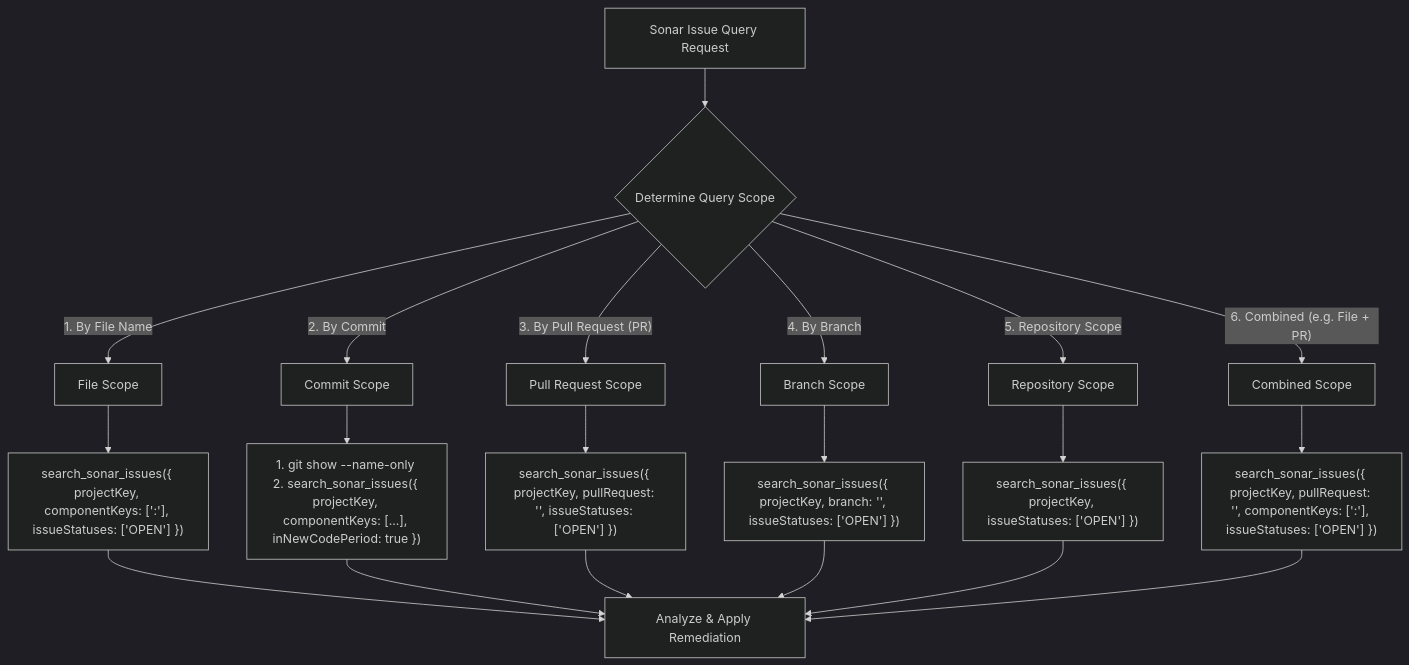
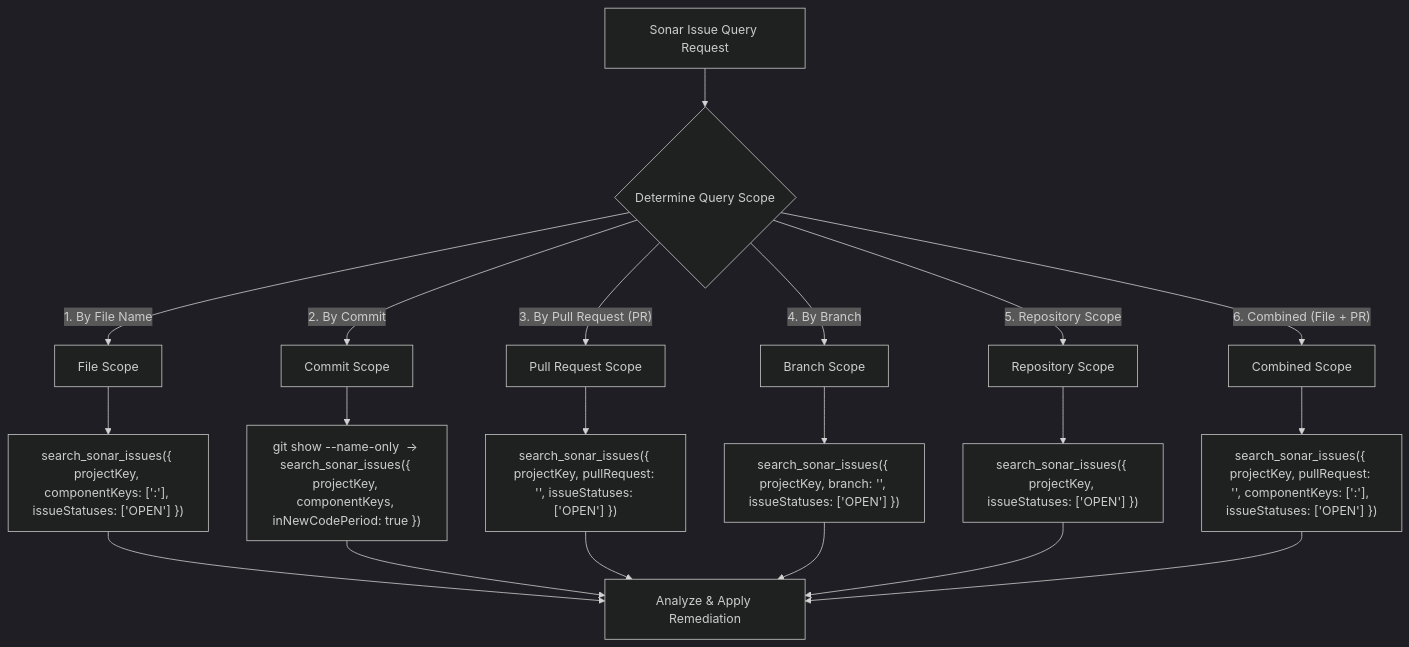
Before and after one commit to loerei/myskills: the first of 3 diagrams in quality/sonar-remediation/SKILL.md, drawn with Mermaid (dark theme). The commit also changed other lines of this file and 1 other file, not shown here.

Commit message:
Refactor skill: sonar-remediation (apply progressive disclosure, move parameter & rule tables to REFERENCE.md)

````diff
--- a/quality/sonar-remediation/SKILL.md
+++ b/quality/sonar-remediation/SKILL.md
@@ -14,35 +14,22 @@
 ```mermaid
 flowchart TD
     Start["Sonar Issue Query Request"] --> DetermineScope{"Determine Query Scope"}
-
-    %% Branch 1: File Scope
     DetermineScope -->|"1. By File Name"| FileScope["File Scope"]
     FileScope --> FileCall["search_sonar_issues({ projectKey, componentKeys: ['<projectKey>:<filePath>'], issueStatuses: ['OPEN'] })"]
-
-    %% Branch 2: Commit Scope
     DetermineScope -->|"2. By Commit"| CommitScope["Commit Scope"]
-    CommitScope --> CommitCall["1. git show --name-only <commit_hash><br>2. search_sonar_issues({ projectKey, componentKeys: [...], inNewCodePeriod: true })"]
-
-    %% Branch 3: PR Scope
+    CommitScope --> CommitCall["git show --name-only <commit_hash> -> search_sonar_issues({ projectKey, componentKeys, inNewCodePeriod: true })"]
     DetermineScope -->|"3. By Pull Request (PR)"| PRScope["Pull Request Scope"]
     PRScope --> PRCall["search_sonar_issues({ projectKey, pullRequest: '<pr_id>', issueStatuses: ['OPEN'] })"]
-
-    %% Branch 4: Branch Scope
     DetermineScope -->|"4. By Branch"| BranchScope["Branch Scope"]
     BranchScope --> BranchCall["search_sonar_issues({ projectKey, branch: '<branch_name>', issueStatuses: ['OPEN'] })"]
-
-    %% Branch 5: Repo Scope
     DetermineScope -->|"5. Repository Scope"| RepoScope["Repository Scope"]
     RepoScope --> RepoCall["search_sonar_issues({ projectKey, issueStatuses: ['OPEN'] })"]
-
-    %% Branch 6: Combined Scope
-    DetermineScope -->|"6. Combined (e.g. File + PR)"| CombinedScope["Combined Scope"]
+    DetermineScope -->|"6. Combined (File + PR)"| CombinedScope["Combined Scope"]
     CombinedScope --> CombinedCall["search_sonar_issues({ projectKey, pullRequest: '<pr_id>', componentKeys: ['<projectKey>:<filePath>'], issueStatuses: ['OPEN'] })"]
-
     FileCall --> ProcessIssues["Analyze & Apply Remediation"]
     CommitCall --> ProcessIssues
     PRCall --> ProcessIssues
     BranchCall --> ProcessIssues
     RepoCall --> ProcessIssues
     CombinedCall --> ProcessIssues
 ```
````
